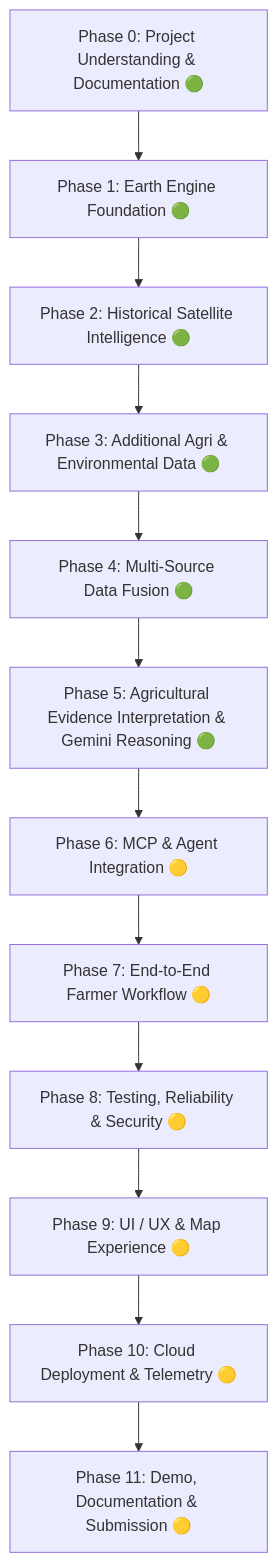
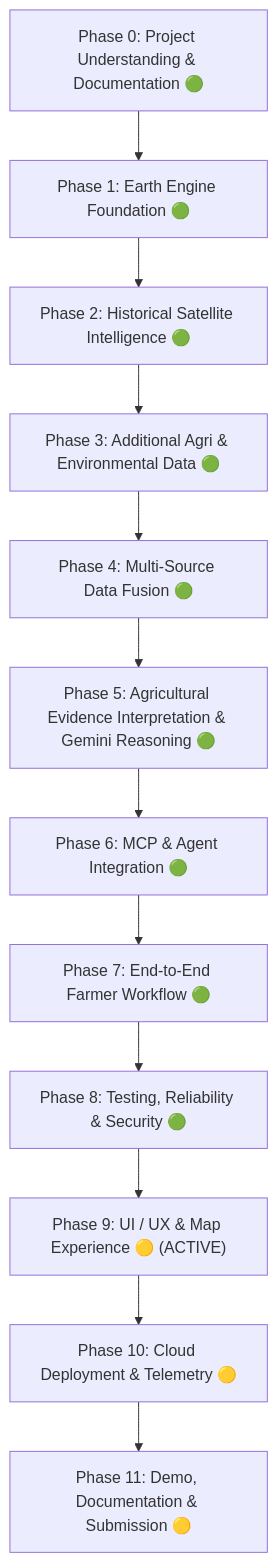
One commit to Kushagra-Dixit-0906/bharatsahayak-v2 changed the diagram in docs/MASTER_ROADMAP.md. Above: the diagram before and after it, drawn with Mermaid. The commit also changed other lines of this file and 44 other files, not shown here.

````diff
--- a/docs/MASTER_ROADMAP.md
+++ b/docs/MASTER_ROADMAP.md
@@ -21,14 +21,14 @@
 ```mermaid
 graph TD
     P0["Phase 0: Project Understanding & Documentation 🟢"] --> P1["Phase 1: Earth Engine Foundation 🟢"]
     P1 --> P2["Phase 2: Historical Satellite Intelligence 🟢"]
     P2 --> P3["Phase 3: Additional Agri & Environmental Data 🟢"]
     P3 --> P4["Phase 4: Multi-Source Data Fusion 🟢"]
     P4 --> P5["Phase 5: Agricultural Evidence Interpretation & Gemini Reasoning 🟢"]
-    P5 --> P6["Phase 6: MCP & Agent Integration 🟡"]
-    P6 --> P7["Phase 7: End-to-End Farmer Workflow 🟡"]
-    P7 --> P8["Phase 8: Testing, Reliability & Security 🟡"]
-    P8 --> P9["Phase 9: UI / UX & Map Experience 🟡"]
+    P5 --> P6["Phase 6: MCP & Agent Integration 🟢"]
+    P6 --> P7["Phase 7: End-to-End Farmer Workflow 🟢"]
+    P7 --> P8["Phase 8: Testing, Reliability & Security 🟢"]
+    P8 --> P9["Phase 9: UI / UX & Map Experience 🟡 (ACTIVE)"]
     P9 --> P10["Phase 10: Cloud Deployment & Telemetry 🟡"]
     P10 --> P11["Phase 11: Demo, Documentation & Submission 🟡"]
 ```
````
